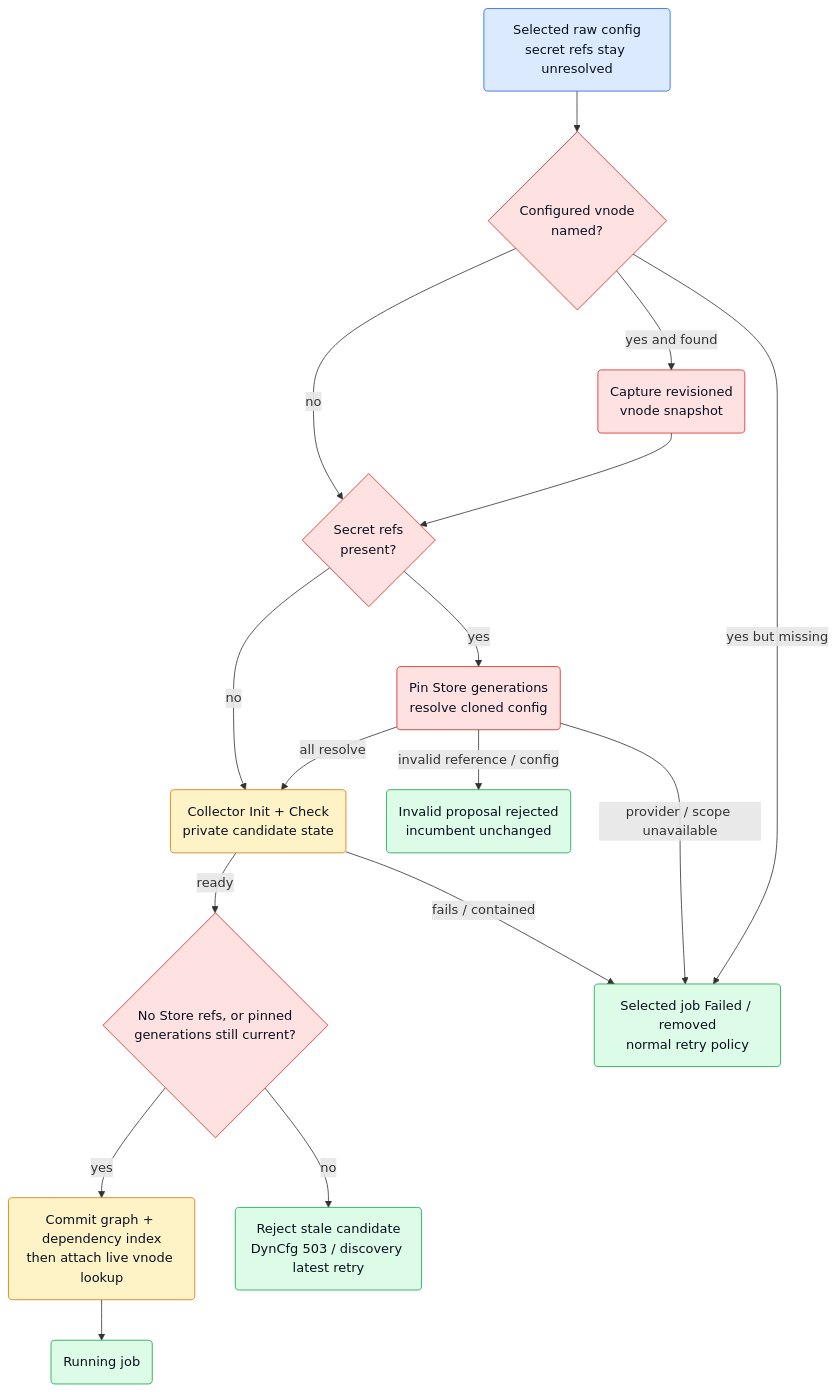
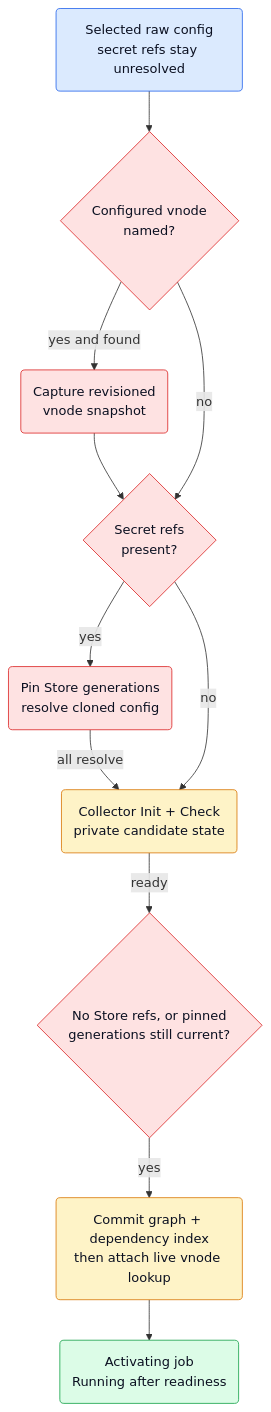
Before and after one commit to netdata/netdata: the ninth of 11 diagrams in src/go/plugin/agent/jobmgr/ARCHITECTURE.md, drawn with Mermaid. The commit also changed other lines of this file and 98 other files, not shown here.

Commit message:
fix(go.d/jobmgr): separate DynCfg acceptance from runtime activation (#24011)

````diff
--- a/src/go/plugin/agent/jobmgr/ARCHITECTURE.md
+++ b/src/go/plugin/agent/jobmgr/ARCHITECTURE.md
@@ -930,37 +981,29 @@
 ```mermaid
 flowchart TD
     Raw("Selected raw config<br/>secret refs stay unresolved")
     Vnode{"Configured vnode<br/>named?"}
     Snapshot("Capture revisioned<br/>vnode snapshot")
     Secrets{"Secret refs<br/>present?"}
     Resolve("Pin Store generations<br/>resolve cloned config")
     Check("Collector Init + Check<br/>private candidate state")
     Fresh{"No Store refs, or pinned<br/>generations still current?"}
     Settle("Commit graph + dependency index<br/>then attach live vnode lookup")
-    Run("Running job")
-    Transient("Selected job Failed / removed<br/>normal retry policy")
-    Retry("Reject stale candidate<br/>DynCfg 503 / discovery latest retry")
-    Reject("Invalid proposal rejected<br/>incumbent unchanged")
+    Run("Activating job<br/>Running after readiness")
 
     Raw --> Vnode
     Vnode -->|"yes and found"| Snapshot --> Secrets
-    Vnode -->|"yes but missing"| Transient
     Vnode -->|"no"| Secrets
     Secrets -->|"yes"| Resolve
     Resolve -->|"all resolve"| Check -->|"ready"| Fresh
-    Resolve -->|"provider / scope unavailable"| Transient
-    Resolve -->|"invalid reference / config"| Reject
     Secrets -->|"no"| Check
-    Check -->|"fails / contained"| Transient
     Fresh -->|"yes"| Settle --> Run
-    Fresh -->|"no"| Retry
 
     classDef cfg fill:#dbeafe,stroke:#2563eb,color:#0b1021;
     classDef dep fill:#fee2e2,stroke:#dc2626,color:#0b1021;
     classDef core fill:#fef3c7,stroke:#d97706,color:#0b1021;
     classDef job fill:#dcfce7,stroke:#16a34a,color:#0b1021;
     class Raw cfg;
     class Vnode,Snapshot,Secrets,Resolve,Fresh dep;
     class Check,Settle core;
-    class Run,Transient,Retry,Reject job;
+    class Run job;
 ```
````
